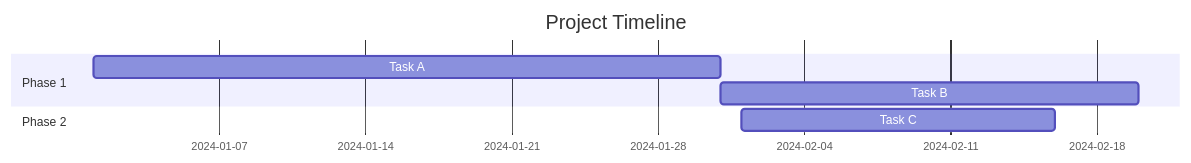
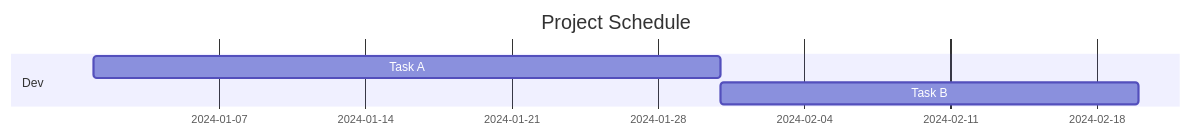
Before and after one commit to wecode-ai/Wegent: the eighth of 24 diagrams in backend/init_data/skills/mermaid-diagram/SKILL.md, drawn with Mermaid. The commit also changed other lines of this file, not shown here.

Commit message:
feat: update mermaid diagram skill with complete examples

````diff
--- a/backend/init_data/skills/mermaid-diagram/SKILL.md
+++ b/backend/init_data/skills/mermaid-diagram/SKILL.md
@@ -261,10 +266,7 @@
 ```mermaid
 gantt
-    title Project Timeline
-    dateFormat  YYYY-MM-DD
-    section Phase 1
-    Task A           :a1, 2024-01-01, 30d
-    Task B           :after a1, 20d
-    section Phase 2
-    Task C           :2024-02-01, 15d
+    title Project Schedule
+    section Dev
+    Task A :a1, 2024-01-01, 30d
+    Task B :after a1, 20d
 ```
````
